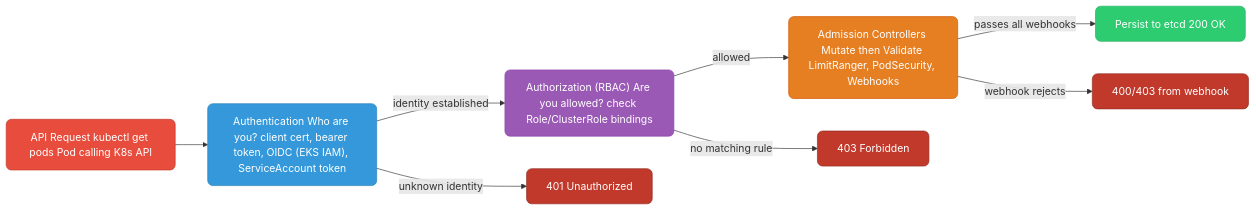
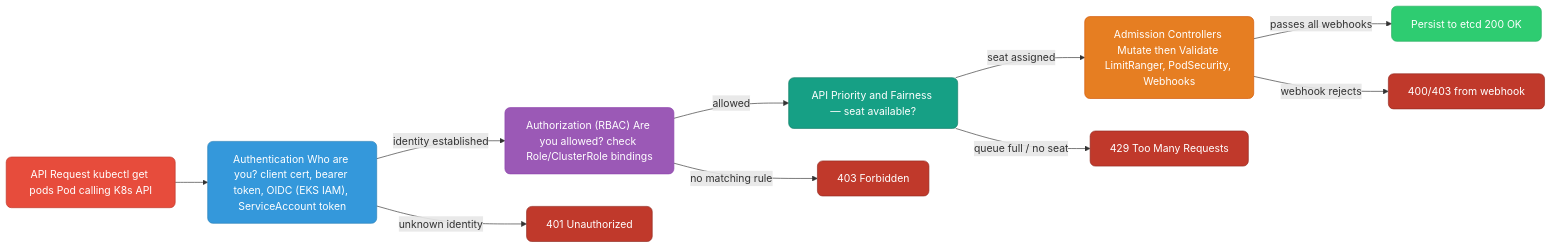
The first of 4 diagrams in kubernetes/rbac.md (deepanshu-rawat6/DevOpsIndex), drawn with Mermaid before and after one commit. The commit also changed other lines of this file and 9 other files, not shown here.

````diff
--- a/kubernetes/rbac.md
+++ b/kubernetes/rbac.md
@@ -14,21 +14,25 @@
 ```mermaid
 graph LR
     classDef request fill:#e74c3c,stroke:#c0392b,color:#fff,rx:8
     classDef authn fill:#3498db,stroke:#2980b9,color:#fff,rx:8
     classDef authz fill:#9b59b6,stroke:#8e44ad,color:#fff,rx:8
     classDef admission fill:#e67e22,stroke:#d35400,color:#fff,rx:8
     classDef ok fill:#2ecc71,stroke:#27ae60,color:#fff,rx:8
     classDef deny fill:#c0392b,stroke:#922b21,color:#fff,rx:8
+    classDef apf fill:#16a085,stroke:#117a65,color:#fff,rx:8
 
     REQ["API Request kubectl get pods Pod calling K8s API"]:::request
 
     REQ --> AUTHN["Authentication Who are you? client cert, bearer token, OIDC (EKS IAM), ServiceAccount token"]:::authn
     AUTHN -->|"identity established"| AUTHZ["Authorization (RBAC) Are you allowed? check Role/ClusterRole bindings"]:::authz
     AUTHN -->|"unknown identity"| DENY1["401 Unauthorized"]:::deny
 
-    AUTHZ -->|"allowed"| ADMISSION["Admission Controllers Mutate then Validate LimitRanger, PodSecurity, Webhooks"]:::admission
+    AUTHZ -->|"allowed"| APF["API Priority and Fairness — seat available?"]:::apf
     AUTHZ -->|"no matching rule"| DENY2["403 Forbidden"]:::deny
+
+    APF -->|"seat assigned"| ADMISSION["Admission Controllers Mutate then Validate LimitRanger, PodSecurity, Webhooks"]:::admission
+    APF -->|"queue full / no seat"| THROTTLE["429 Too Many Requests"]:::deny
 
     ADMISSION -->|"passes all webhooks"| PERSIST["Persist to etcd 200 OK"]:::ok
     ADMISSION -->|"webhook rejects"| DENY3["400/403 from webhook"]:::deny
 ```
````
